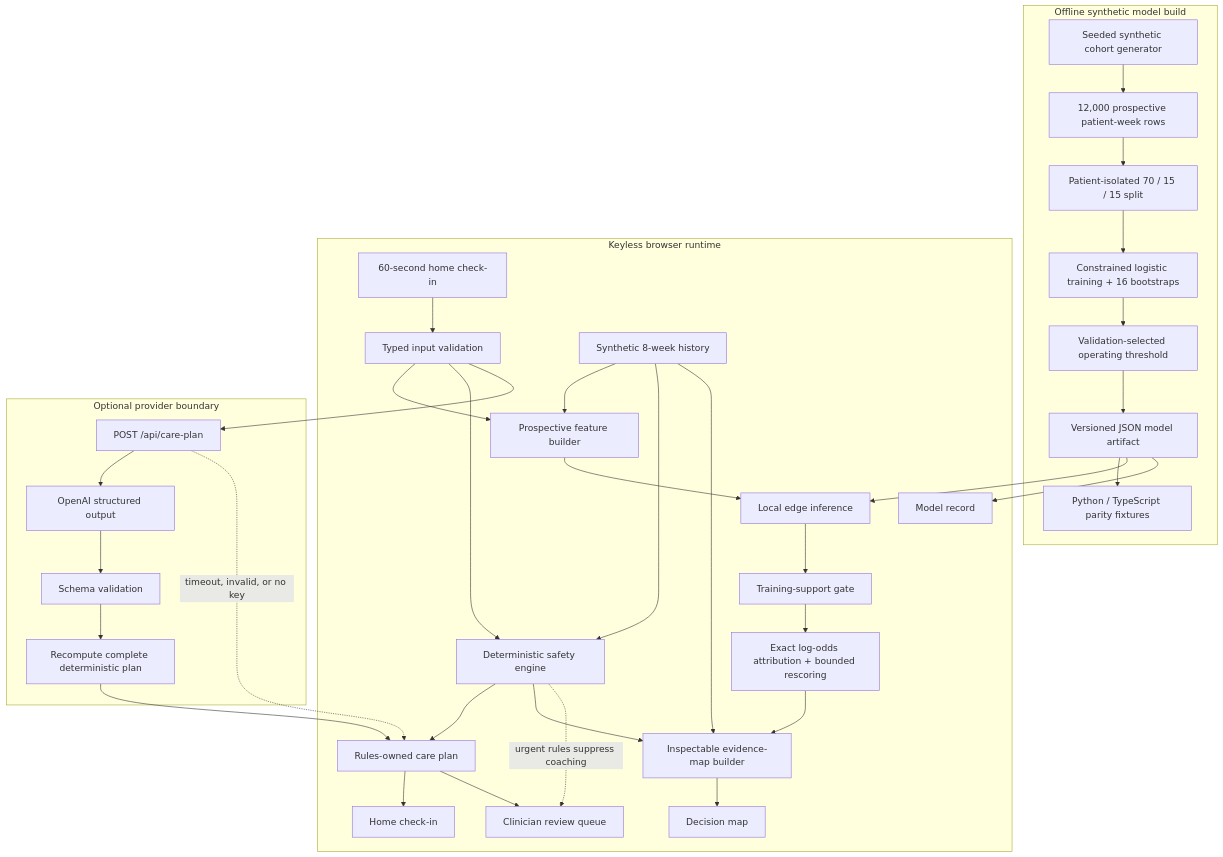
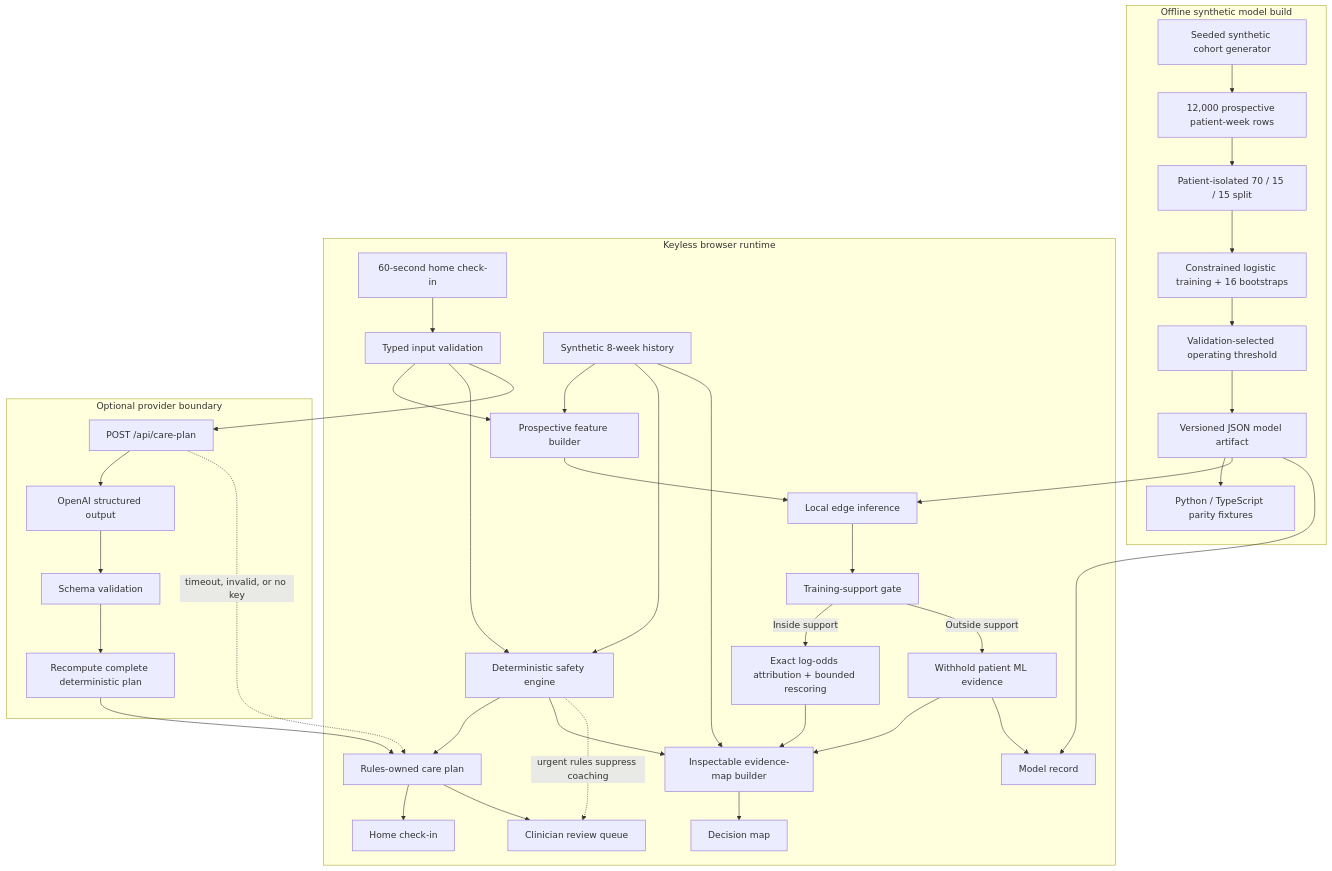
One commit to kevinmeix1/adherence-os changed the first of 2 diagrams in docs/architecture.md. Above: the diagram before and after it, drawn with Mermaid. The commit also changed other lines of this file and 23 other files, not shown here.

````diff
--- a/docs/architecture.md
+++ b/docs/architecture.md
@@ -7,44 +7,47 @@
 ```mermaid
 flowchart TB
     subgraph Build["Offline synthetic model build"]
         Seed["Seeded synthetic cohort generator"] --> Cohort["12,000 prospective patient-week rows"]
         Cohort --> Split["Patient-isolated 70 / 15 / 15 split"]
         Split --> Train["Constrained logistic training + 16 bootstraps"]
         Train --> Select["Validation-selected operating threshold"]
         Select --> Artifact["Versioned JSON model artifact"]
         Artifact --> Parity["Python / TypeScript parity fixtures"]
     end
 
     subgraph Runtime["Keyless browser runtime"]
         CheckIn["60-second home check-in"] --> Validate["Typed input validation"]
         History["Synthetic 8-week history"] --> Features["Prospective feature builder"]
         Validate --> Features
         Features --> Model["Local edge inference"]
         Artifact --> Model
         Model --> Support["Training-support gate"]
-        Support --> Explain["Exact log-odds attribution + bounded rescoring"]
+        Support -->|Inside support| Explain["Exact log-odds attribution + bounded rescoring"]
+        Support -->|Outside support| Abstain["Withhold patient ML evidence"]
 
         Validate --> Safety["Deterministic safety engine"]
         History --> Safety
         Safety --> Plan["Rules-owned care plan"]
 
         Explain --> Graph["Inspectable evidence-map builder"]
+        Abstain --> Graph
         Safety --> Graph
         History --> Graph
         Graph --> Live["Decision map"]
         Plan --> Patient["Home check-in"]
         Plan --> Queue["Clinician review queue"]
         Artifact --> Lab["Model record"]
+        Abstain --> Lab
     end
 
     subgraph Optional["Optional provider boundary"]
         API["POST /api/care-plan"] --> LLM["OpenAI structured output"]
         LLM --> Schema["Schema validation"]
         Schema --> Recompute["Recompute complete deterministic plan"]
     end
 
     Validate --> API
     Recompute --> Plan
     API -. "timeout, invalid, or no key" .-> Plan
     Safety -. "urgent rules suppress coaching" .-> Queue
 ```
````
